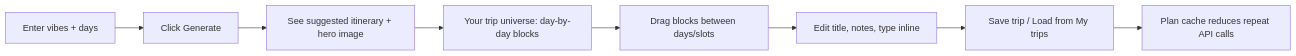
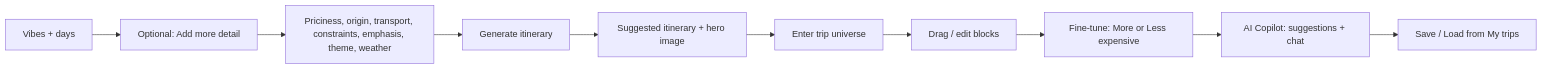
Before and after one commit to RaphLed/travel-planner: the first of 4 diagrams in docs/how-it-works.md, drawn with Mermaid. The commit also changed other lines of this file and 10 other files, not shown here.

First line of the commit message:
feat: trip dimensions, AI copilot, trip universe fine-tune

````diff
--- a/docs/how-it-works.md
+++ b/docs/how-it-works.md
@@ -9,10 +9,12 @@
 ```mermaid
 flowchart LR
-  A[Enter vibes + days] --> B[Click Generate]
-  B --> C[See suggested itinerary + hero image]
-  C --> D[Your trip universe: day-by-day blocks]
-  D --> E[Drag blocks between days/slots]
-  E --> F[Edit title, notes, type inline]
-  F --> G[Save trip / Load from My trips]
-  G --> H[Plan cache reduces repeat API calls]
+  A[Vibes + days] --> B[Optional: Add more detail]
+  B --> C[Priciness, origin, transport, constraints, emphasis, theme, weather]
+  C --> D[Generate itinerary]
+  D --> E[Suggested itinerary + hero image]
+  E --> F[Enter trip universe]
+  F --> G[Drag / edit blocks]
+  G --> H[Fine-tune: More or Less expensive]
+  H --> I[AI Copilot: suggestions + chat]
+  I --> J[Save / Load from My trips]
 ```
````
